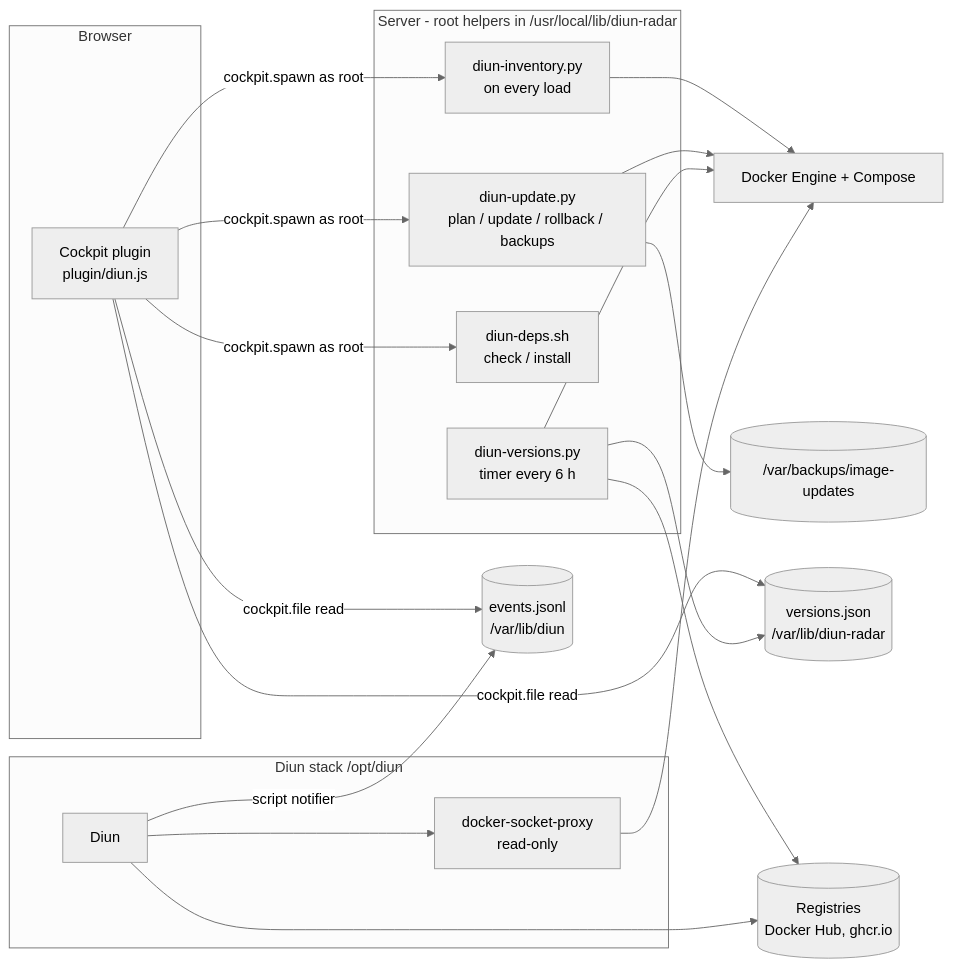
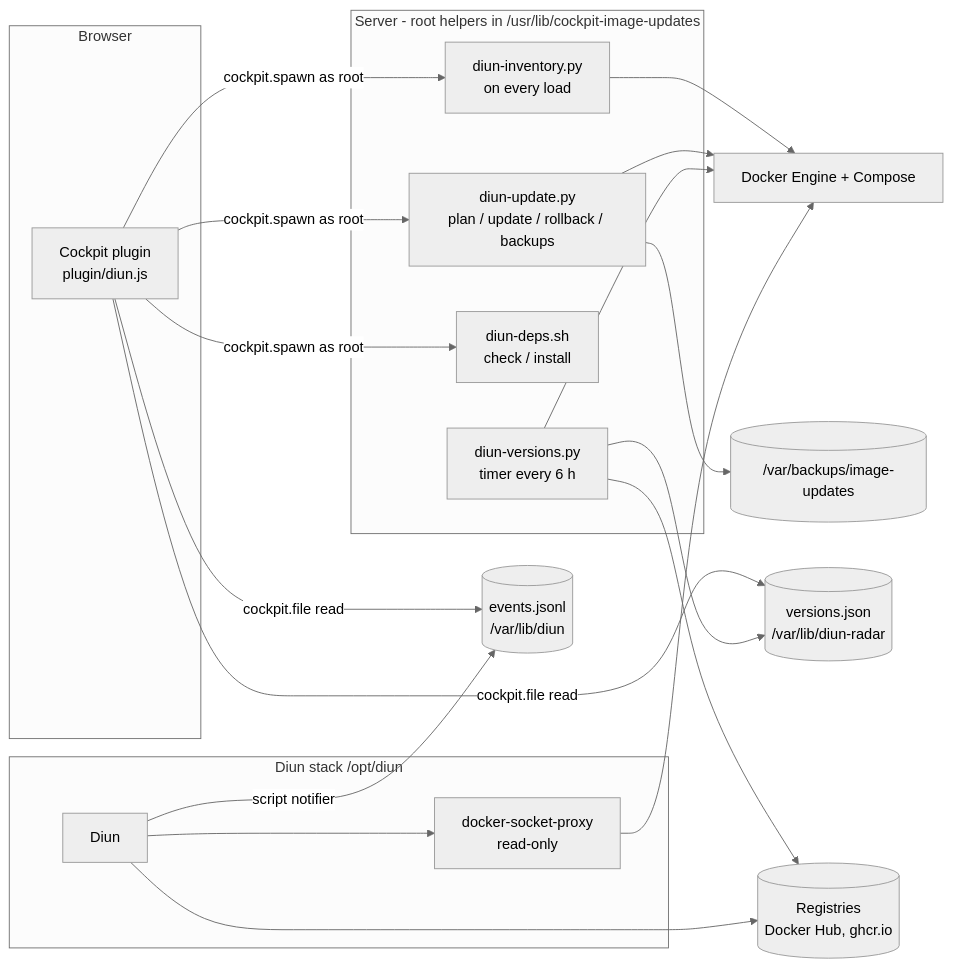
One commit to Azentrius/cockpit-image-update-monitor changed the second of 2 diagrams in README.md. Above: the diagram before and after it, drawn with Mermaid (neutral theme). The commit also changed other lines of this file and 27 other files, not shown here.

````diff
--- a/README.md
+++ b/README.md
@@ -293,37 +293,37 @@
 ```mermaid
 flowchart LR
     subgraph B["Browser"]
         P["Cockpit plugin<br/>plugin/diun.js"]
     end
-    subgraph H["Server - root helpers in /usr/local/lib/diun-radar"]
+    subgraph H["Server - root helpers in /usr/lib/cockpit-image-updates"]
         INV["diun-inventory.py<br/>on every load"]
         UPD["diun-update.py<br/>plan / update / rollback / backups"]
         DEP["diun-deps.sh<br/>check / install"]
         RAD["diun-versions.py<br/>timer every 6 h"]
     end
     VJ[("versions.json<br/>/var/lib/diun-radar")]
     EV[("events.jsonl<br/>/var/lib/diun")]
     BK[("/var/backups/image-updates")]
     DK["Docker Engine + Compose"]
     subgraph DS["Diun stack /opt/diun"]
         DI["Diun"]
         SP["docker-socket-proxy<br/>read-only"]
     end
     REG[("Registries<br/>Docker Hub, ghcr.io")]
 
     P -->|"cockpit.spawn as root"| INV
     P -->|"cockpit.spawn as root"| UPD
     P -->|"cockpit.spawn as root"| DEP
     P -->|"cockpit.file read"| VJ
     P -->|"cockpit.file read"| EV
     INV --> DK
     UPD --> DK
     UPD --> BK
     RAD --> DK
     RAD --> REG
     RAD --> VJ
     DI --> SP
     SP --> DK
     DI --> REG
     DI -->|"script notifier"| EV
 ```
````
